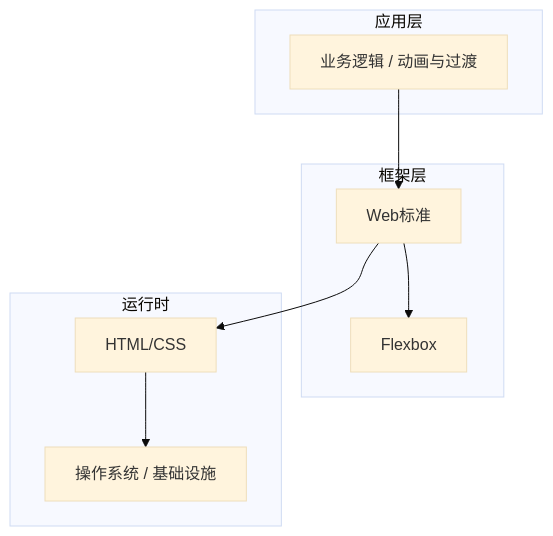
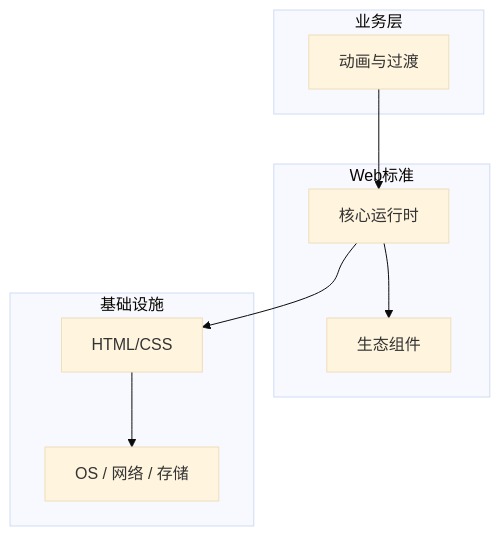
One commit to yanggan2015/knowledge-json-v2 changed the diagram in articles/HTML与CSS/chapters/093-动画与过渡核心概念与原理.md. Above: the diagram before and after it, drawn with Mermaid (base theme). The commit also changed other lines of this file and 10127 other files, not shown here.

````diff
--- a/articles/HTML与CSS/chapters/093-动画与过渡核心概念与原理.md
+++ b/articles/HTML与CSS/chapters/093-动画与过渡核心概念与原理.md
@@ -45,18 +34,18 @@
 ```mermaid
 graph TB
-    subgraph 应用层
-        A[业务逻辑 / 动画与过渡]
+    subgraph 业务层
+        A[动画与过渡]
     end
-    subgraph 框架层
-        B[Web标准]
-        C[Flexbox]
+    subgraph Web标准
+        B[核心运行时]
+        C[生态组件]
     end
-    subgraph 运行时
+    subgraph 基础设施
         D[HTML/CSS]
-        E[操作系统 / 基础设施]
+        E[OS / 网络 / 存储]
     end
     A --> B
     B --> C
     B --> D
     D --> E
 ```
````
